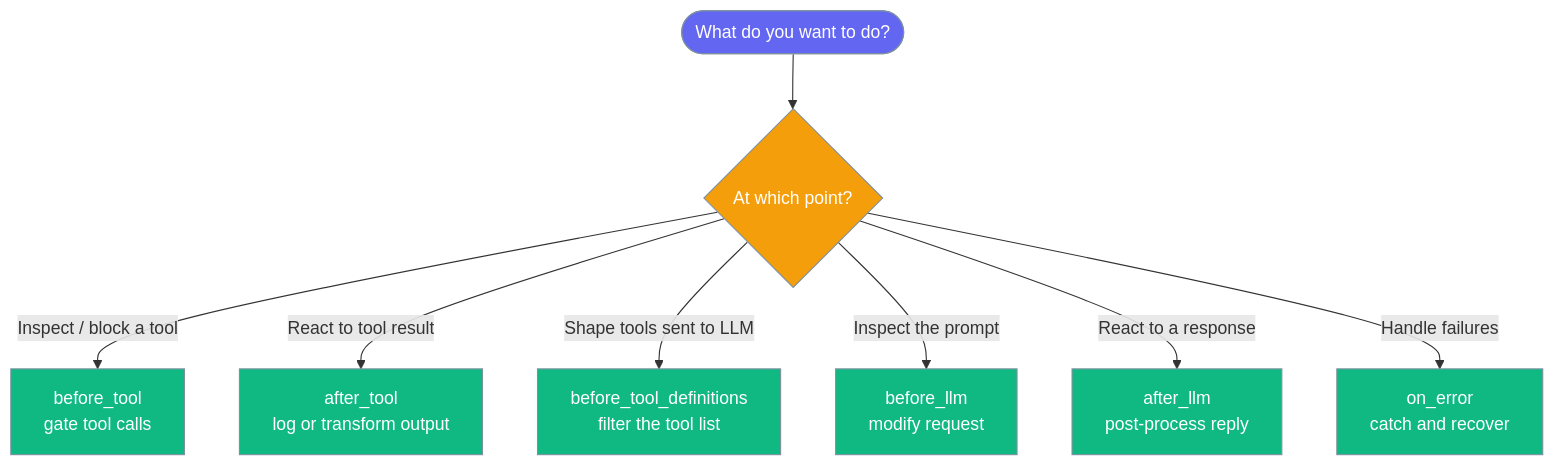
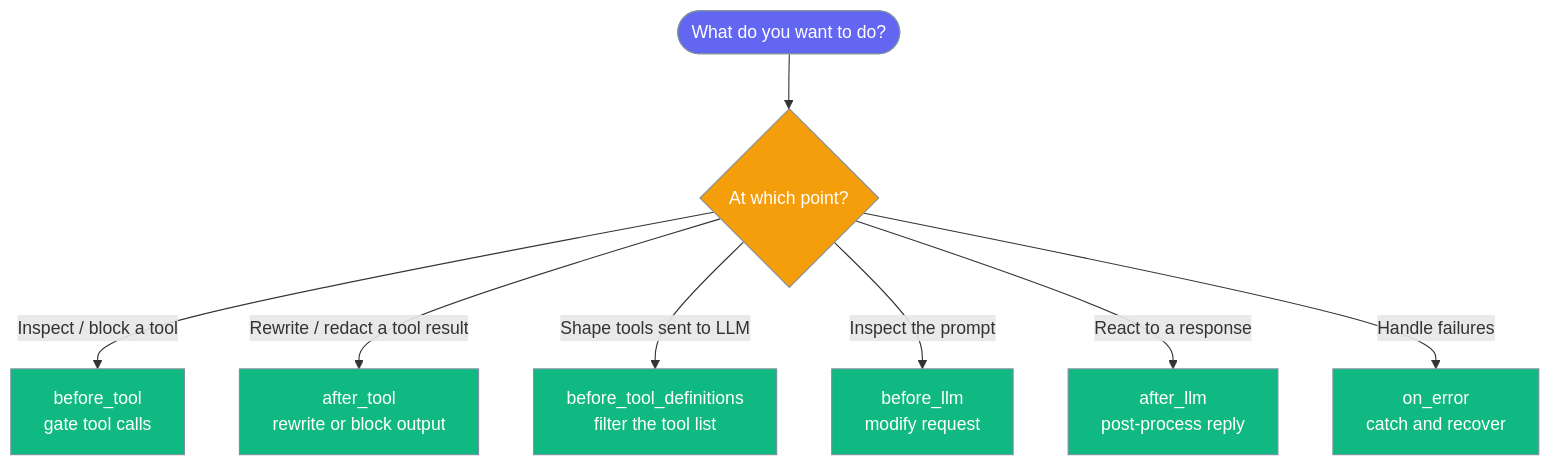
One commit to MervinPraison/PraisonAIDocs changed the second of 4 diagrams in docs/features/hooks.mdx. Above: the diagram before and after it, drawn with Mermaid. The commit also changed other lines of this file and 4 other files, not shown here.

First line of the commit message:
docs: after_tool now redacts/blocks tool output (fixes #2931)

````diff
--- a/docs/features/hooks.mdx
+++ b/docs/features/hooks.mdx
@@ -111,18 +111,18 @@
 ```mermaid
 graph TB
     Start([What do you want to do?]) --> Q1{At which point?}
     Q1 -->|Inspect / block a tool| A[before_tool<br/>gate tool calls]
-    Q1 -->|React to tool result| B[after_tool<br/>log or transform output]
+    Q1 -->|Rewrite / redact a tool result| B[after_tool<br/>rewrite or block output]
     Q1 -->|Shape tools sent to LLM| C[before_tool_definitions<br/>filter the tool list]
     Q1 -->|Inspect the prompt| D[before_llm<br/>modify request]
     Q1 -->|React to a response| E[after_llm<br/>post-process reply]
     Q1 -->|Handle failures| F[on_error<br/>catch and recover]
 
     classDef start fill:#6366F1,stroke:#7C90A0,color:#fff
     classDef question fill:#F59E0B,stroke:#7C90A0,color:#fff
     classDef answer fill:#10B981,stroke:#7C90A0,color:#fff
 
     class Start start
     class Q1 question
     class A,B,C,D,E,F answer
 ```
````
